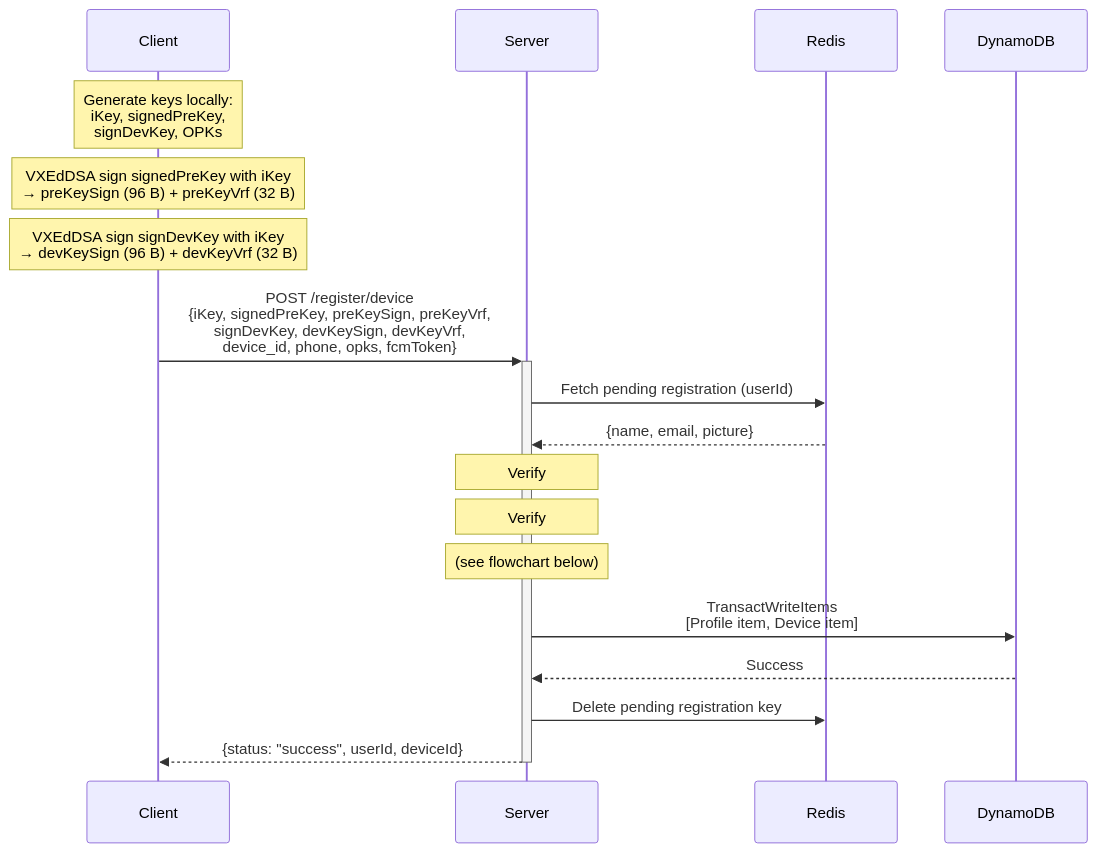
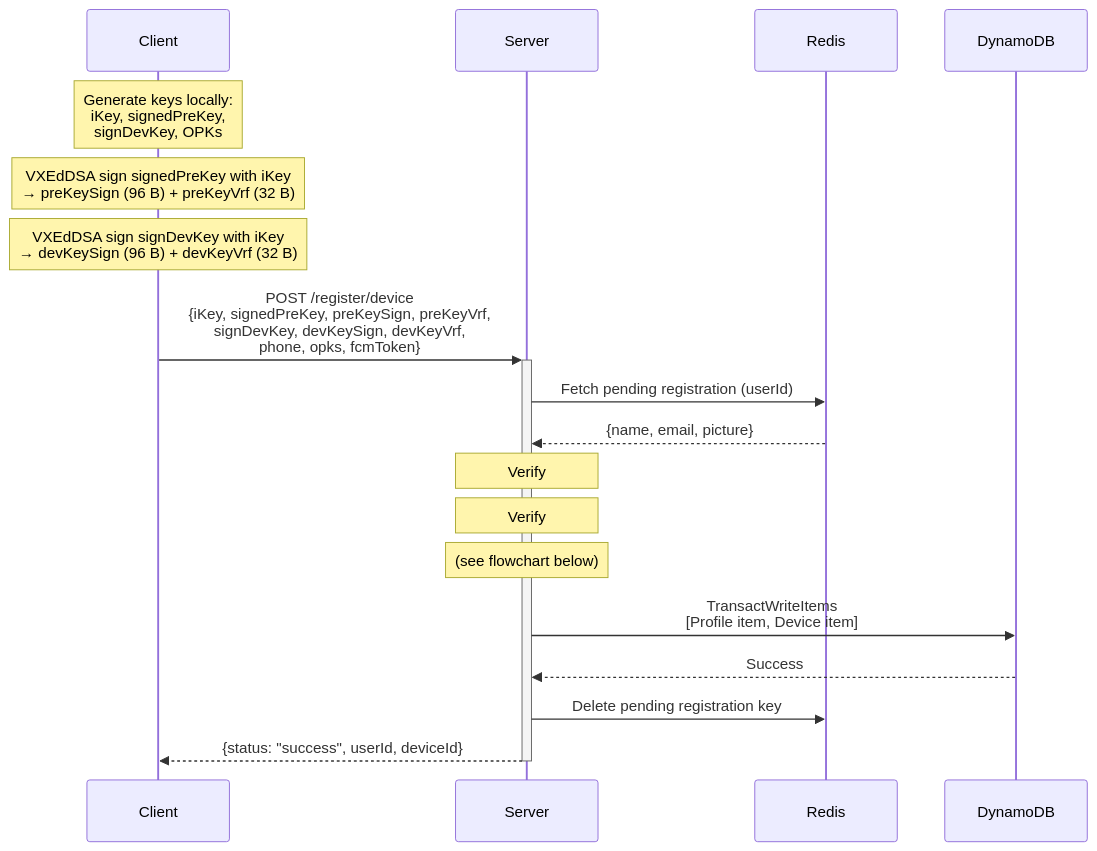
One commit to debarkamondal/khamoshchat-api changed the second of 7 diagrams in docs/cryptographic_flows.md. Above: the diagram before and after it, drawn with Mermaid. The commit also changed 3 other files, not shown here.

Commit message:
feat: migrate device ID generation from client to server in registration flow

````diff
--- a/docs/cryptographic_flows.md
+++ b/docs/cryptographic_flows.md
@@ -62,28 +62,28 @@
 ```mermaid
 sequenceDiagram
     participant C as Client
     participant S as Server
     participant R as Redis
     participant D as DynamoDB
 
     Note over C: Generate keys locally:<br/>iKey, signedPreKey,<br/>signDevKey, OPKs
 
     Note over C: VXEdDSA sign signedPreKey with iKey<br/>→ preKeySign (96 B) + preKeyVrf (32 B)
     Note over C: VXEdDSA sign signDevKey with iKey<br/>→ devKeySign (96 B) + devKeyVrf (32 B)
 
-    C->>+S: POST /register/device<br/>{iKey, signedPreKey, preKeySign, preKeyVrf,<br/>signDevKey, devKeySign, devKeyVrf,<br/>device_id, phone, opks, fcmToken}
+    C->>+S: POST /register/device<br/>{iKey, signedPreKey, preKeySign, preKeyVrf,<br/>signDevKey, devKeySign, devKeyVrf,<br/>phone, opks, fcmToken}
 
     S->>R: Fetch pending registration (userId)
     R-->>S: {name, email, picture}
 
     Note over S: Verify #1: preKeySign
     Note over S: Verify #2: devKeySign
     Note over S: (see flowchart below)
 
     S->>D: TransactWriteItems<br/>[Profile item, Device item]
     D-->>S: Success
 
     S->>R: Delete pending registration key
 
     S-->>-C: {status: "success", userId, deviceId}
 ```
````
